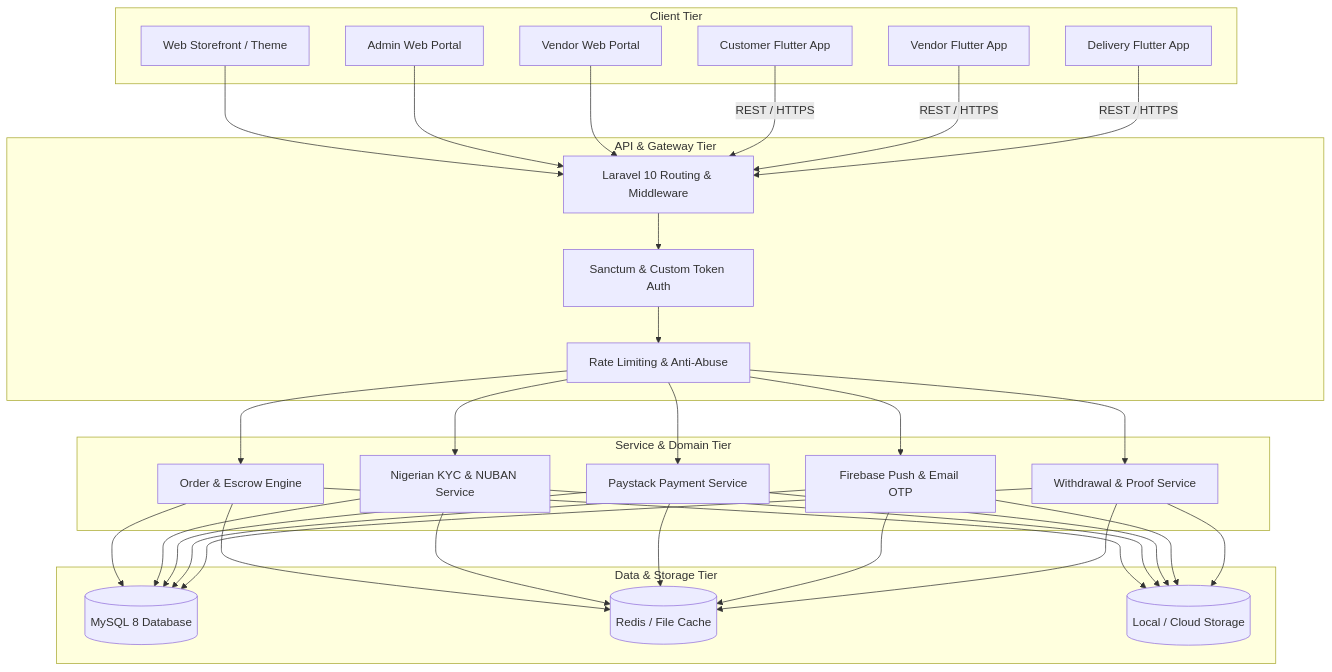
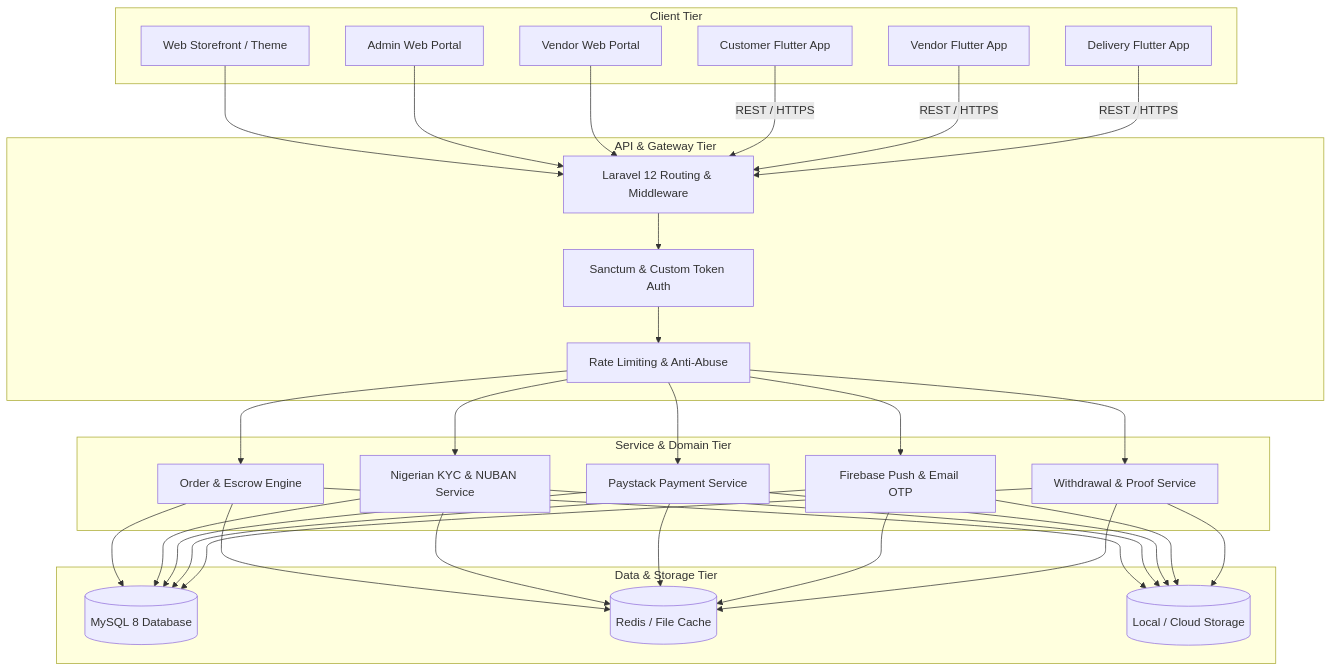
One commit to hotvictorious-rgb/vmarket changed the diagram in ARCHITECTURE.md. Above: the diagram before and after it, drawn with Mermaid. The commit also changed other lines of this file and 8 other files, not shown here.

````diff
--- a/ARCHITECTURE.md
+++ b/ARCHITECTURE.md
@@ -9,37 +9,37 @@
 ```mermaid
 graph TD
     subgraph Client Tier
         W[Web Storefront / Theme]
         AP[Admin Web Portal]
         VP[Vendor Web Portal]
         CA[Customer Flutter App]
         VA[Vendor Flutter App]
         DA[Delivery Flutter App]
     end
 
     subgraph API & Gateway Tier
-        AGW[Laravel 10 Routing & Middleware]
+        AGW[Laravel 12 Routing & Middleware]
         AUTH[Sanctum & Custom Token Auth]
         THROT[Rate Limiting & Anti-Abuse]
     end
 
     subgraph Service & Domain Tier
         ORD[Order & Escrow Engine]
         KYC[Nigerian KYC & NUBAN Service]
         PAY[Paystack Payment Service]
         NOTIF[Firebase Push & Email OTP]
         WITH[Withdrawal & Proof Service]
     end
 
     subgraph Data & Storage Tier
         DB[(MySQL 8 Database)]
         CACHE[(Redis / File Cache)]
         CDN[(Local / Cloud Storage)]
     end
 
     W & AP & VP --> AGW
     CA & VA & DA -->|REST / HTTPS| AGW
     AGW --> AUTH --> THROT
     THROT --> ORD & KYC & PAY & NOTIF & WITH
     ORD & KYC & PAY & NOTIF & WITH --> DB & CACHE & CDN
 ```
````
